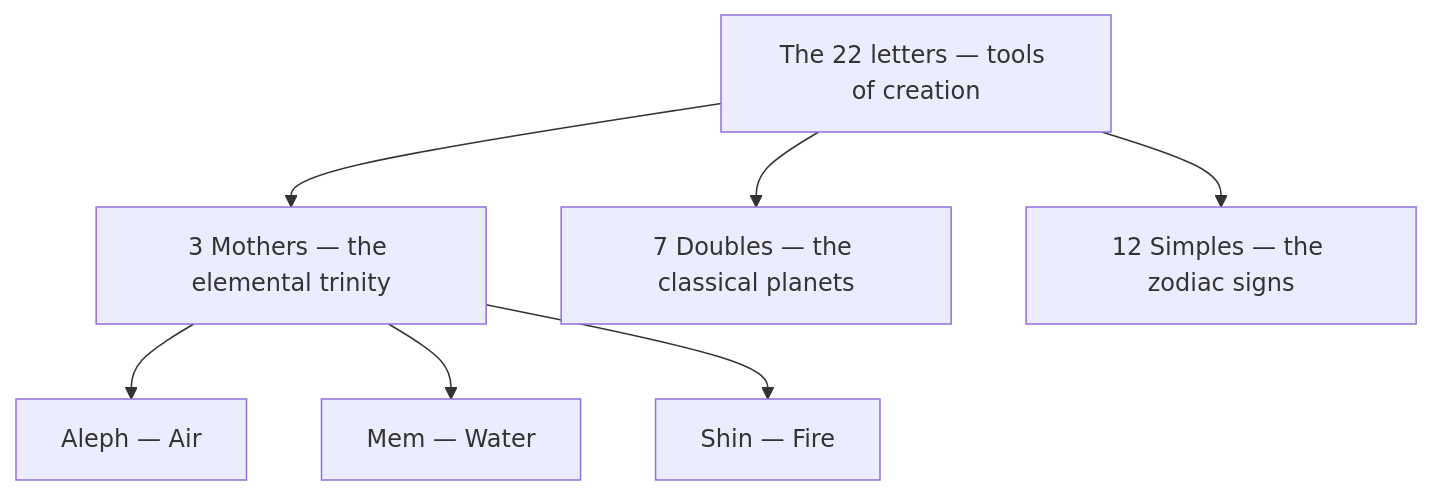
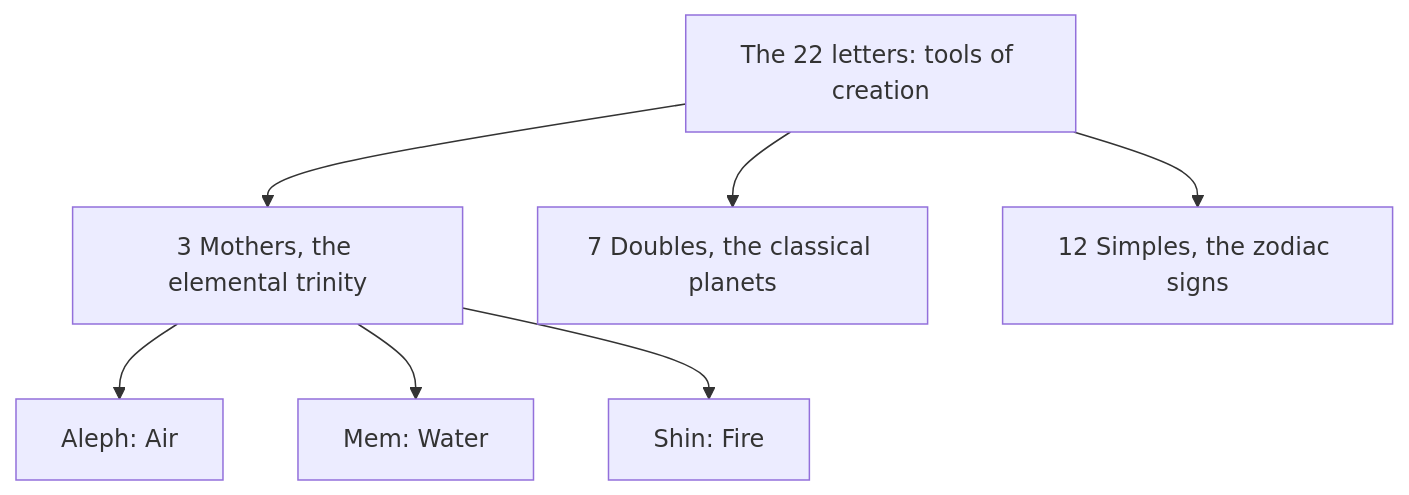
The diagram in data/knowledge/hebrew-letters/index.md (kennethreitz/kennethreitz.org), drawn with Mermaid before and after one commit. The commit also changed other lines of this file and 879 other files, not shown here.

````diff
--- a/data/knowledge/hebrew-letters/index.md
+++ b/data/knowledge/hebrew-letters/index.md
@@ -21,10 +21,10 @@
 ```mermaid
 flowchart TD
-    AB["The 22 letters — tools of creation"]
-    AB --> MOTHERS["3 Mothers — the elemental trinity"]
-    AB --> DOUBLES["7 Doubles — the classical planets"]
-    AB --> SIMPLES["12 Simples — the zodiac signs"]
-    MOTHERS --> ALEPH["Aleph — Air"]
-    MOTHERS --> MEM["Mem — Water"]
-    MOTHERS --> SHIN["Shin — Fire"]
+    AB["The 22 letters: tools of creation"]
+    AB --> MOTHERS["3 Mothers, the elemental trinity"]
+    AB --> DOUBLES["7 Doubles, the classical planets"]
+    AB --> SIMPLES["12 Simples, the zodiac signs"]
+    MOTHERS --> ALEPH["Aleph: Air"]
+    MOTHERS --> MEM["Mem: Water"]
+    MOTHERS --> SHIN["Shin: Fire"]
 ```
````
